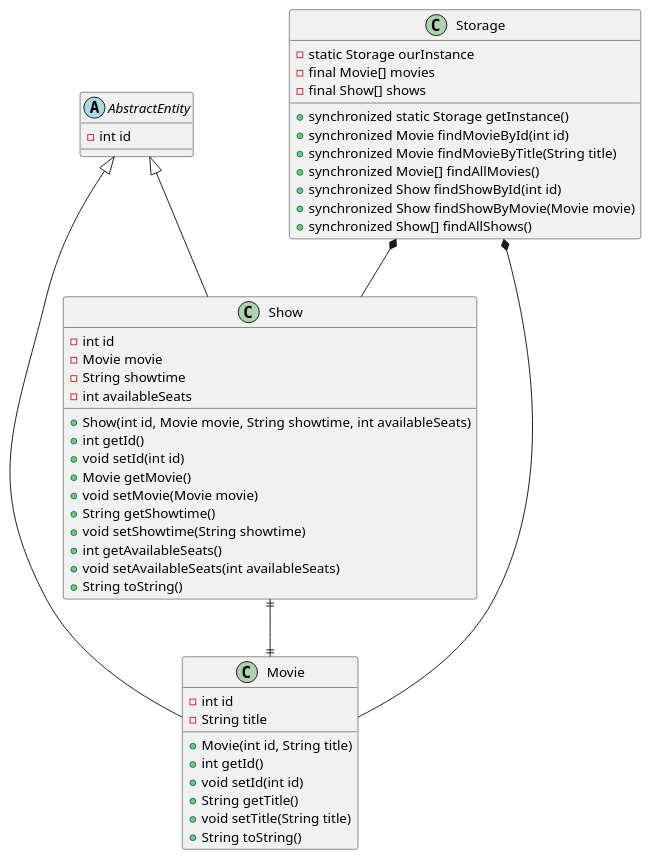
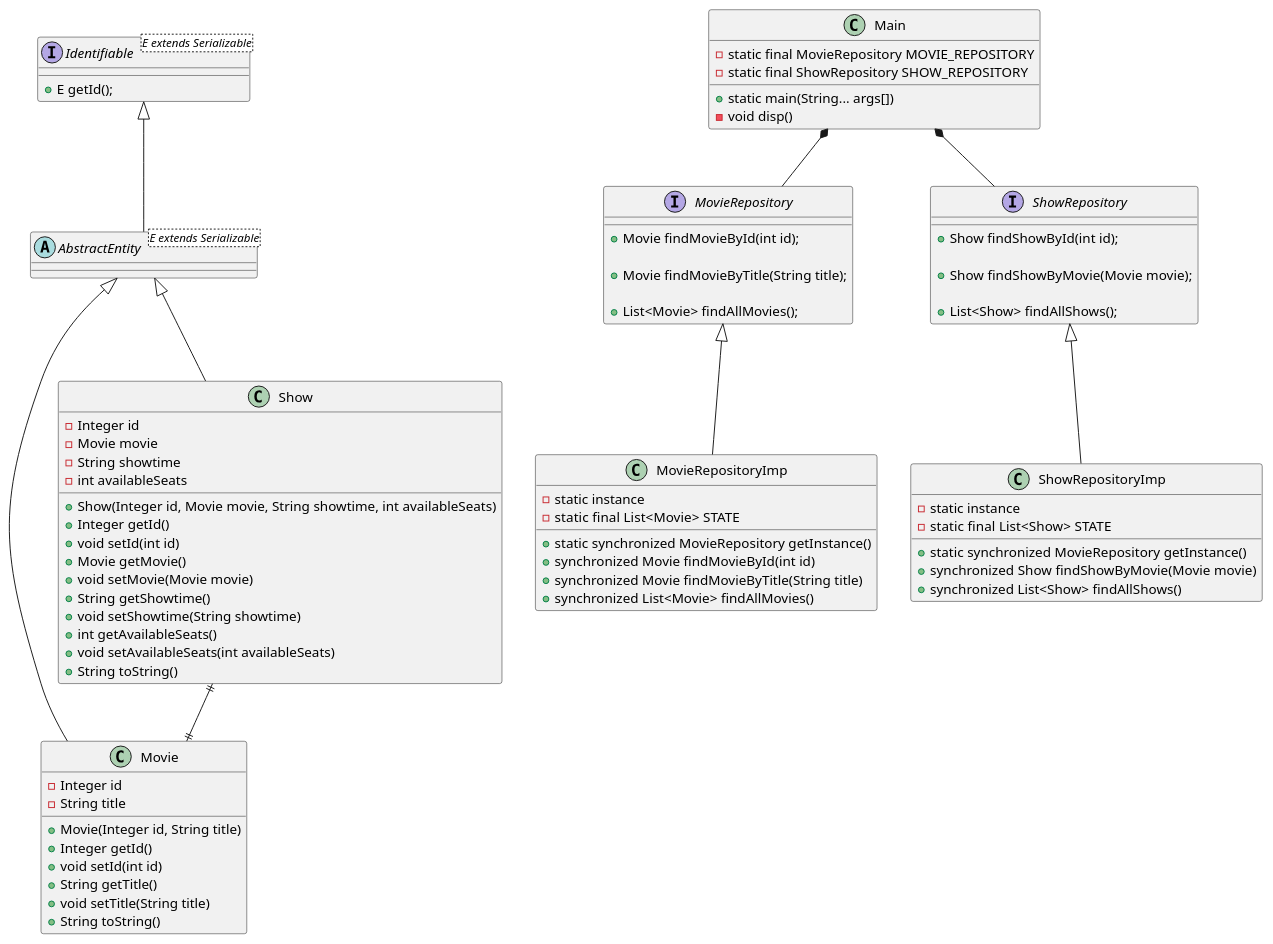
Before and after one commit to pogozhevilya/cinema_proj: the diagram in src/Class.puml, drawn with PlantUML. The commit also changed 1 other file, not shown here.

Commit message:
added changes for uml-diagrams

```diff
--- a/src/Class.puml
+++ b/src/Class.puml
@@ -1,50 +1,81 @@
 @startuml
-abstract class AbstractEntity {
-    - int id
+abstract class AbstractEntity<E extends Serializable>{
 }
 
-class Storage {
-    - static Storage ourInstance
-    - final Movie[] movies
-    - final Show[] shows
-    + synchronized static Storage getInstance()
-    + synchronized Movie findMovieById(int id)
-    + synchronized Movie findMovieByTitle(String title)
-    + synchronized Movie[] findAllMovies()
-    + synchronized Show findShowById(int id)
-    + synchronized Show findShowByMovie(Movie movie)
-    + synchronized Show[] findAllShows()
-}
 class Movie {
-    + Movie(int id, String title)
-    - int id
+    + Movie(Integer id, String title)
+    - Integer id
     - String title
-    + int getId()
+    + Integer getId()
     + void setId(int id)
     + String getTitle()
     + void setTitle(String title)
     + String toString()
 }
 class Show {
-    + Show(int id, Movie movie, String showtime, int availableSeats)
-    - int id
+    + Show(Integer id, Movie movie, String showtime, int availableSeats)
+    - Integer id
     - Movie movie
     - String showtime
     - int availableSeats
-    + int getId()
+    + Integer getId()
     + void setId(int id)
     + Movie getMovie()
     + void setMovie(Movie movie)
     + String getShowtime()
     + void setShowtime(String showtime)
     + int getAvailableSeats()
     + void setAvailableSeats(int availableSeats)
     + String toString()
 }
 
+interface Identifiable<E extends Serializable>{
+    + E getId();
+}
+interface MovieRepository {
+    + Movie findMovieById(int id);
+
+    + Movie findMovieByTitle(String title);
+
+    + List<Movie> findAllMovies();
+}
+interface ShowRepository {
+    + Show findShowById(int id);
+
+    + Show findShowByMovie(Movie movie);
+
+    + List<Show> findAllShows();
+}
+class MovieRepositoryImp{
+    - static instance
+    - static final List<Movie> STATE
+    + static synchronized MovieRepository getInstance()
+    + synchronized Movie findMovieById(int id)
+    + synchronized Movie findMovieByTitle(String title)
+    + synchronized List<Movie> findAllMovies()
+}
+class ShowRepositoryImp{
+    - static instance
+    - static final List<Show> STATE
+    + static synchronized MovieRepository getInstance()
+    + synchronized Show findShowByMovie(Movie movie)
+    + synchronized List<Show> findAllShows()
+}
+class Main{
+    - static final MovieRepository MOVIE_REPOSITORY
+    - static final ShowRepository SHOW_REPOSITORY
+    + static main(String... args[])
+    - void disp()
+}
+
+Identifiable<|--AbstractEntity
+MovieRepository<|--MovieRepositoryImp
+ShowRepository<|--ShowRepositoryImp
+
+Main*--MovieRepository
+Main*--ShowRepository
+
 Show ||--|| Movie
-Storage *-- Movie
-Storage *-- Show
 AbstractEntity <|-- Show
 AbstractEntity <|-- Movie
 @enduml
```
